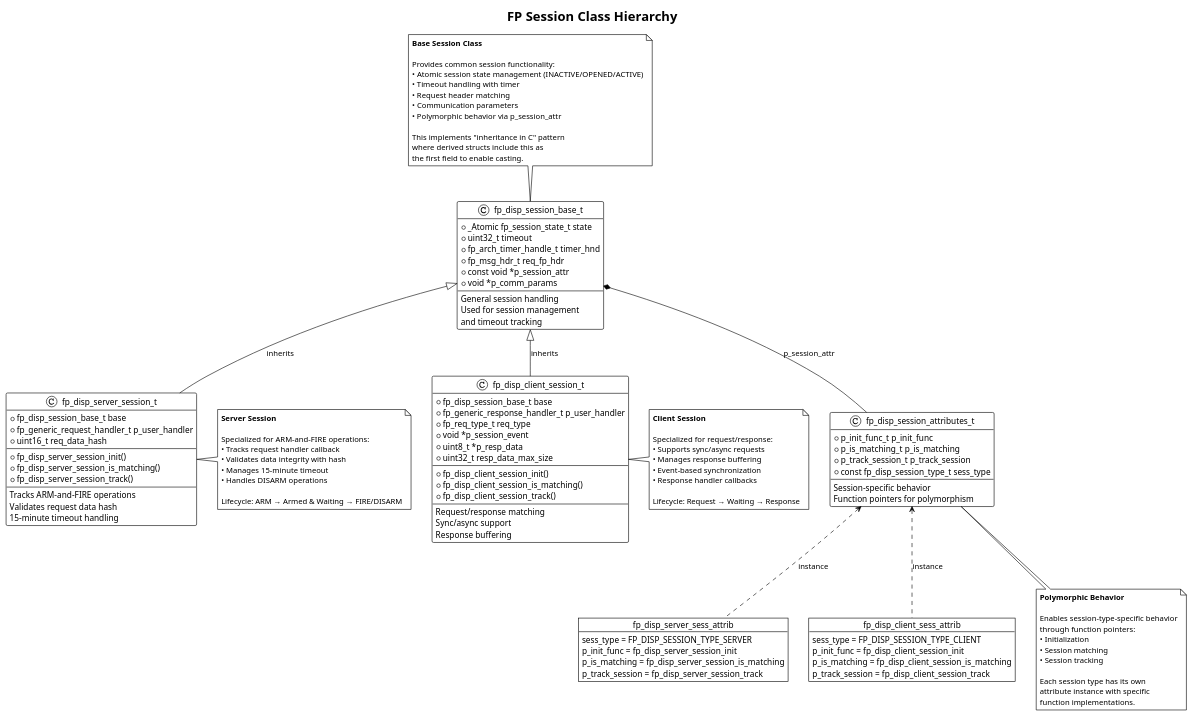
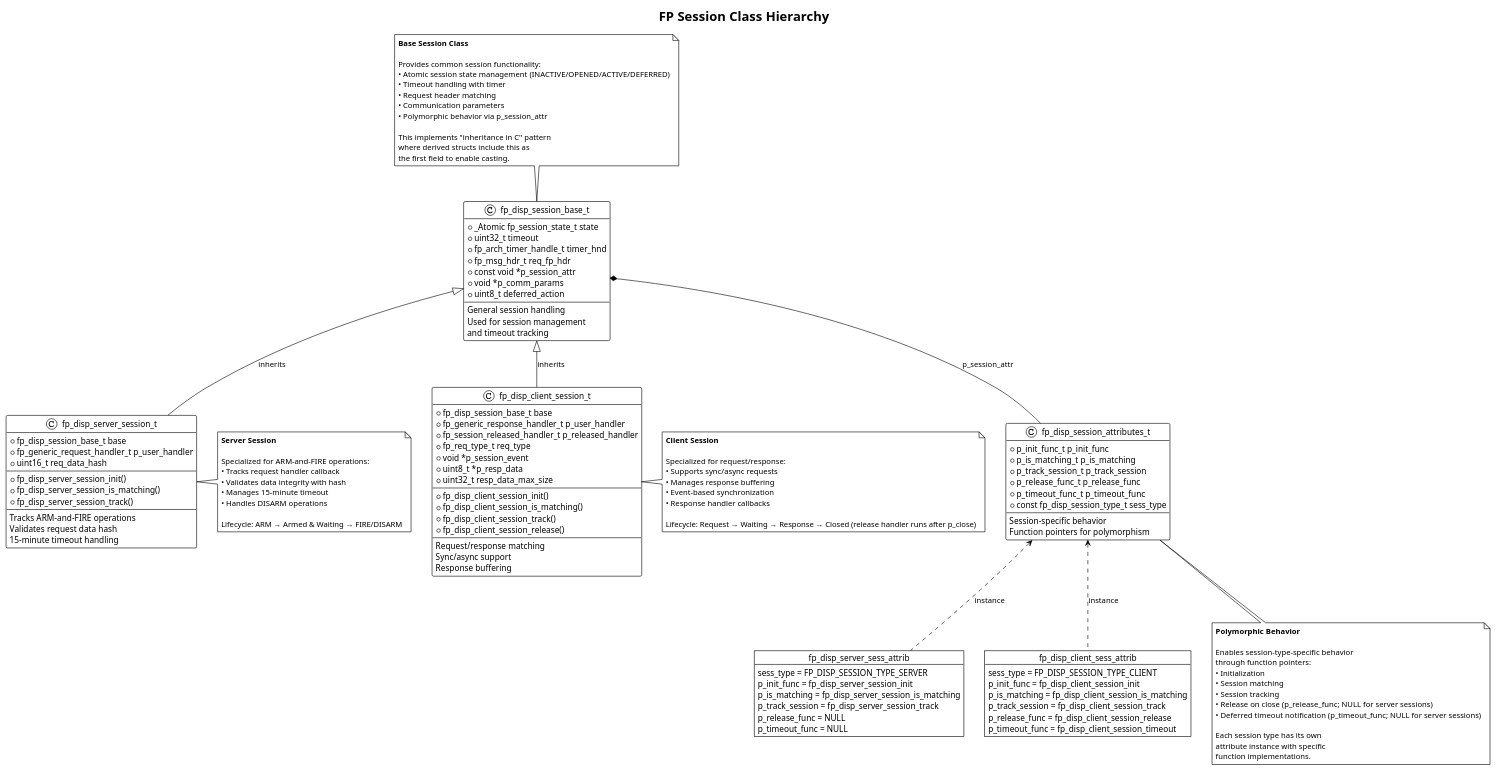
The diagram in diagrams/fp_session_class_hierarchy.puml (endurosat/fp), drawn with PlantUML before and after one commit. The commit also changed 10 other files, not shown here.

First line of the commit message:
feat(SI-701): add a release handler for asynchronous requests

```diff
--- a/diagrams/fp_session_class_hierarchy.puml
+++ b/diagrams/fp_session_class_hierarchy.puml
@@ -1,143 +1,154 @@
 @startuml
 ' SPDX-FileCopyrightText: 2026 ENDUROSAT EAD
 ' SPDX-License-Identifier: LicenseRef-EnduroSat-1.0
 !theme plain
 title FP Session Class Hierarchy
 
 ' Base session class
 class fp_disp_session_base_t {
     +_Atomic fp_session_state_t state
     +uint32_t timeout
     +fp_arch_timer_handle_t timer_hnd
     +fp_msg_hdr_t req_fp_hdr
     +const void *p_session_attr
     +void *p_comm_params
+    +uint8_t deferred_action
     --
     General session handling
     Used for session management
     and timeout tracking
 }
 
 ' Server session class
 class fp_disp_server_session_t {
     +fp_disp_session_base_t base
     +fp_generic_request_handler_t p_user_handler
     +uint16_t req_data_hash
     --
     +fp_disp_server_session_init()
     +fp_disp_server_session_is_matching()
     +fp_disp_server_session_track()
     --
     Tracks ARM-and-FIRE operations
     Validates request data hash
     15-minute timeout handling
 }
 
 ' Client session class
 class fp_disp_client_session_t {
     +fp_disp_session_base_t base
     +fp_generic_response_handler_t p_user_handler
+    +fp_session_released_handler_t p_released_handler
     +fp_req_type_t req_type
     +void *p_session_event
     +uint8_t *p_resp_data
     +uint32_t resp_data_max_size
     --
     +fp_disp_client_session_init()
     +fp_disp_client_session_is_matching()
     +fp_disp_client_session_track()
+    +fp_disp_client_session_release()
     --
     Request/response matching
     Sync/async support
     Response buffering
 }
 
 ' Session attributes class (composition relationship)
 class fp_disp_session_attributes_t {
     +p_init_func_t p_init_func
     +p_is_matching_t p_is_matching
     +p_track_session_t p_track_session
+    +p_release_func_t p_release_func
+    +p_timeout_func_t p_timeout_func
     +const fp_disp_session_type_t sess_type
     --
     Session-specific behavior
     Function pointers for polymorphism
 }
 
 ' Inheritance relationships
 fp_disp_session_base_t <|-- fp_disp_server_session_t : inherits
 fp_disp_session_base_t <|-- fp_disp_client_session_t : inherits
 
 ' Composition relationships
 fp_disp_session_base_t *-- fp_disp_session_attributes_t : p_session_attr
 
 ' External attribute instances
 object fp_disp_server_sess_attrib {
     sess_type = FP_DISP_SESSION_TYPE_SERVER
     p_init_func = fp_disp_server_session_init
     p_is_matching = fp_disp_server_session_is_matching
     p_track_session = fp_disp_server_session_track
+    p_release_func = NULL
+    p_timeout_func = NULL
 }
 
 object fp_disp_client_sess_attrib {
     sess_type = FP_DISP_SESSION_TYPE_CLIENT
     p_init_func = fp_disp_client_session_init
     p_is_matching = fp_disp_client_session_is_matching
     p_track_session = fp_disp_client_session_track
+    p_release_func = fp_disp_client_session_release
+    p_timeout_func = fp_disp_client_session_timeout
 }
 
 fp_disp_session_attributes_t <.. fp_disp_server_sess_attrib : instance
 fp_disp_session_attributes_t <.. fp_disp_client_sess_attrib : instance
 
 note top of fp_disp_session_base_t
   **Base Session Class**
 
   Provides common session functionality:
-  • Atomic session state management (INACTIVE/OPENED/ACTIVE)
+  • Atomic session state management (INACTIVE/OPENED/ACTIVE/DEFERRED)
   • Timeout handling with timer
   • Request header matching
   • Communication parameters
   • Polymorphic behavior via p_session_attr
 
   This implements "inheritance in C" pattern
   where derived structs include this as
   the first field to enable casting.
 end note
 
 note right of fp_disp_server_session_t
   **Server Session**
   
   Specialized for ARM-and-FIRE operations:
   • Tracks request handler callback
   • Validates data integrity with hash
   • Manages 15-minute timeout
   • Handles DISARM operations
   
   Lifecycle: ARM → Armed & Waiting → FIRE/DISARM
 end note
 
 note right of fp_disp_client_session_t
   **Client Session**
   
   Specialized for request/response:
   • Supports sync/async requests
   • Manages response buffering
   • Event-based synchronization
   • Response handler callbacks
   
-  Lifecycle: Request → Waiting → Response
+  Lifecycle: Request → Waiting → Response → Closed (release handler runs after p_close)
 end note
 
 note bottom of fp_disp_session_attributes_t
   **Polymorphic Behavior**
   
   Enables session-type-specific behavior
   through function pointers:
   • Initialization
   • Session matching
   • Session tracking
+  • Release on close (p_release_func; NULL for server sessions)
+  • Deferred timeout notification (p_timeout_func; NULL for server sessions)
   
   Each session type has its own
   attribute instance with specific
   function implementations.
 end note
 
 @enduml
```
